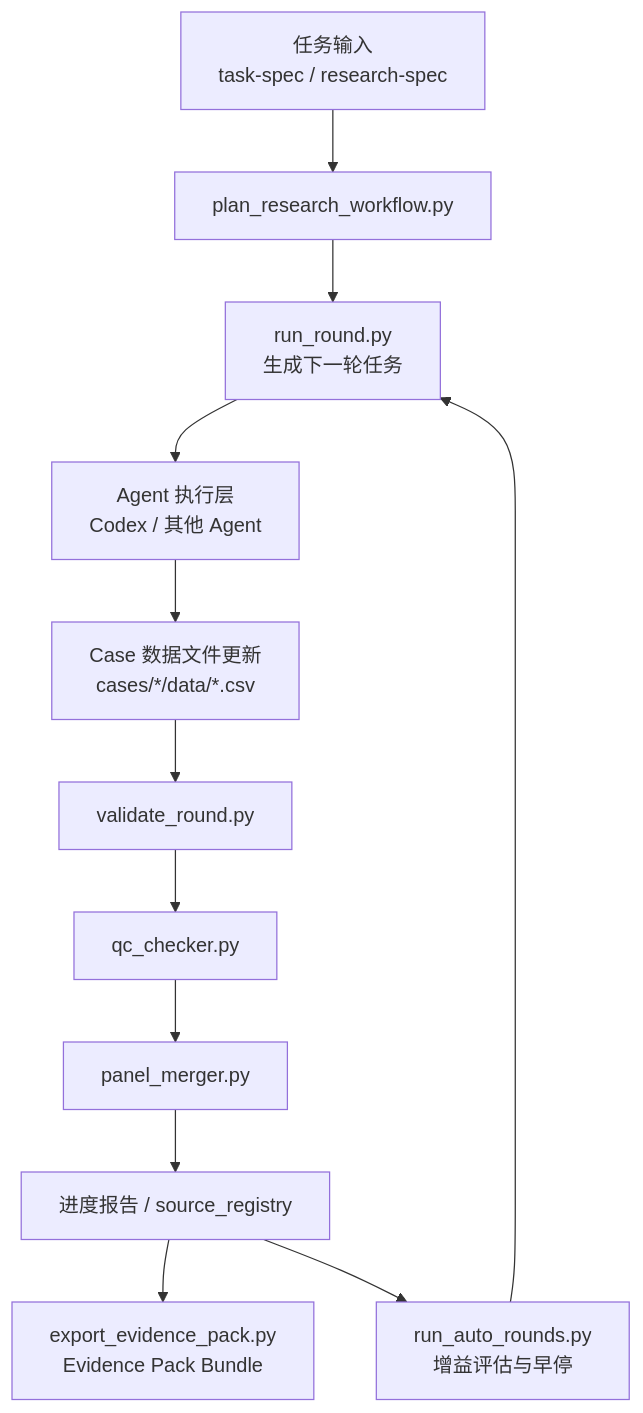
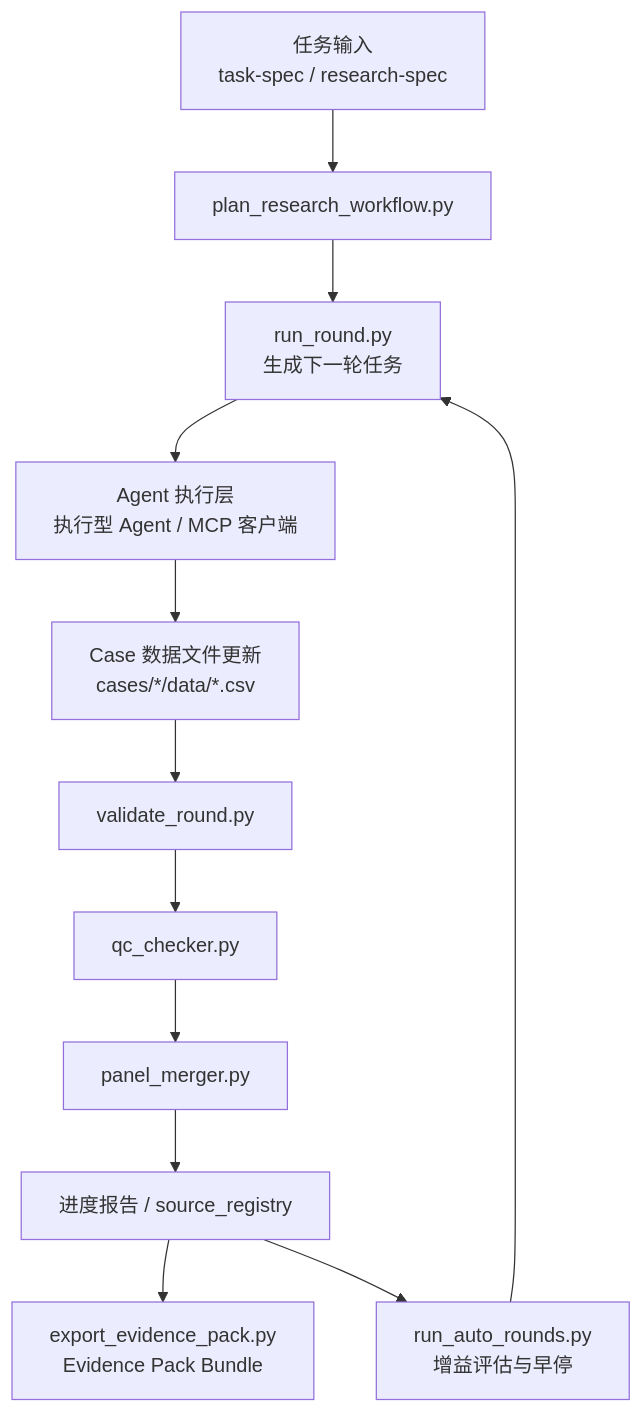
Before and after one commit to Wack520/academic-data-hunter: the first of 3 diagrams in docs/architecture.md, drawn with Mermaid. The commit also changed 18 other files, not shown here.

````diff
--- a/docs/architecture.md
+++ b/docs/architecture.md
@@ -7,14 +7,14 @@
 ```mermaid
 flowchart TD
     A[任务输入<br/>task-spec / research-spec] --> B[plan_research_workflow.py]
     B --> C[run_round.py<br/>生成下一轮任务]
-    C --> D[Agent 执行层<br/>Codex / 其他 Agent]
+    C --> D[Agent 执行层<br/>执行型 Agent / MCP 客户端]
     D --> E[Case 数据文件更新<br/>cases/*/data/*.csv]
     E --> F[validate_round.py]
     F --> G[qc_checker.py]
     G --> H[panel_merger.py]
     H --> I[进度报告 / source_registry]
     I --> K[export_evidence_pack.py<br/>Evidence Pack Bundle]
     I --> J[run_auto_rounds.py<br/>增益评估与早停]
     J --> C
 ```
````
